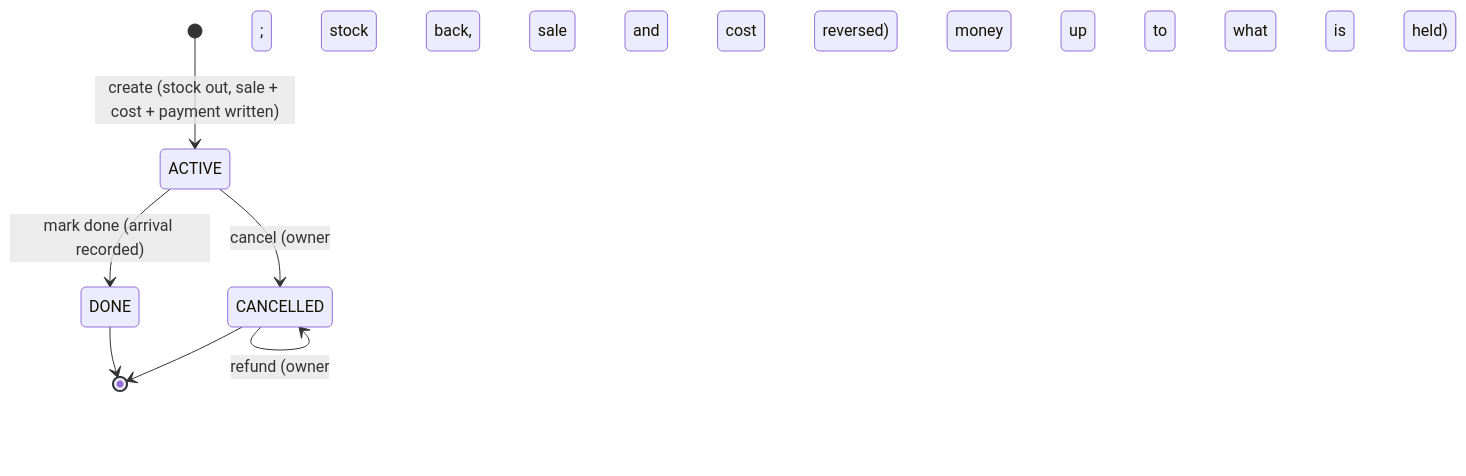
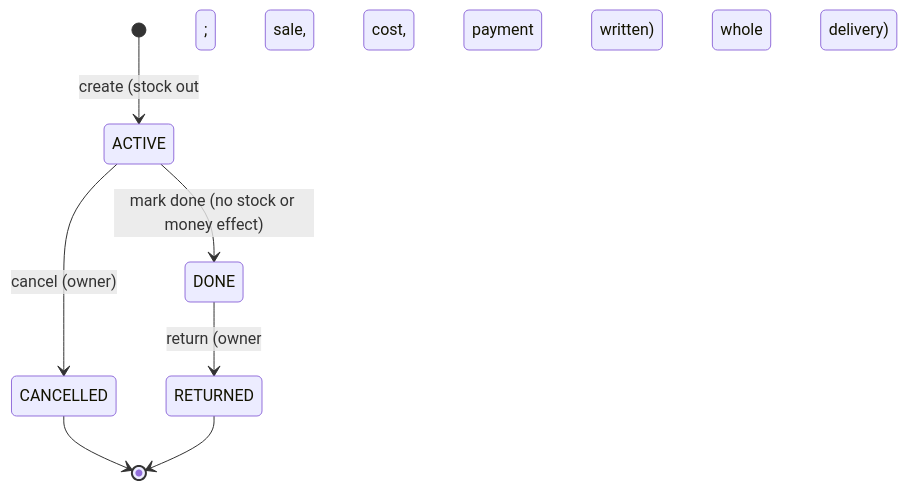
The fourth of 4 diagrams in docs/architecture/sequences.md (kyledelfin2006/ausan-poultry-system), drawn with Mermaid before and after one commit. The commit also changed other lines of this file and 18 other files, not shown here.

Commit message:
Consolidate architecture docs, decisions and product description

````diff
--- a/docs/architecture/sequences.md
+++ b/docs/architecture/sequences.md
@@ -197,9 +98,9 @@
 ```mermaid
 stateDiagram-v2
-    [*] --> ACTIVE: create (stock out, sale + cost + payment written)
-    ACTIVE --> DONE: mark done (arrival recorded)
-    ACTIVE --> CANCELLED: cancel (owner; stock back, sale and cost reversed)
-    DONE --> [*]
-    CANCELLED --> CANCELLED: refund (owner; money back, up to what is held)
+    [*] --> ACTIVE: create (stock out; sale, cost, payment written)
+    ACTIVE --> DONE: mark done (no stock or money effect)
+    ACTIVE --> CANCELLED: cancel (owner)
+    DONE --> RETURNED: return (owner; whole delivery)
     CANCELLED --> [*]
+    RETURNED --> [*]
 ```
````
